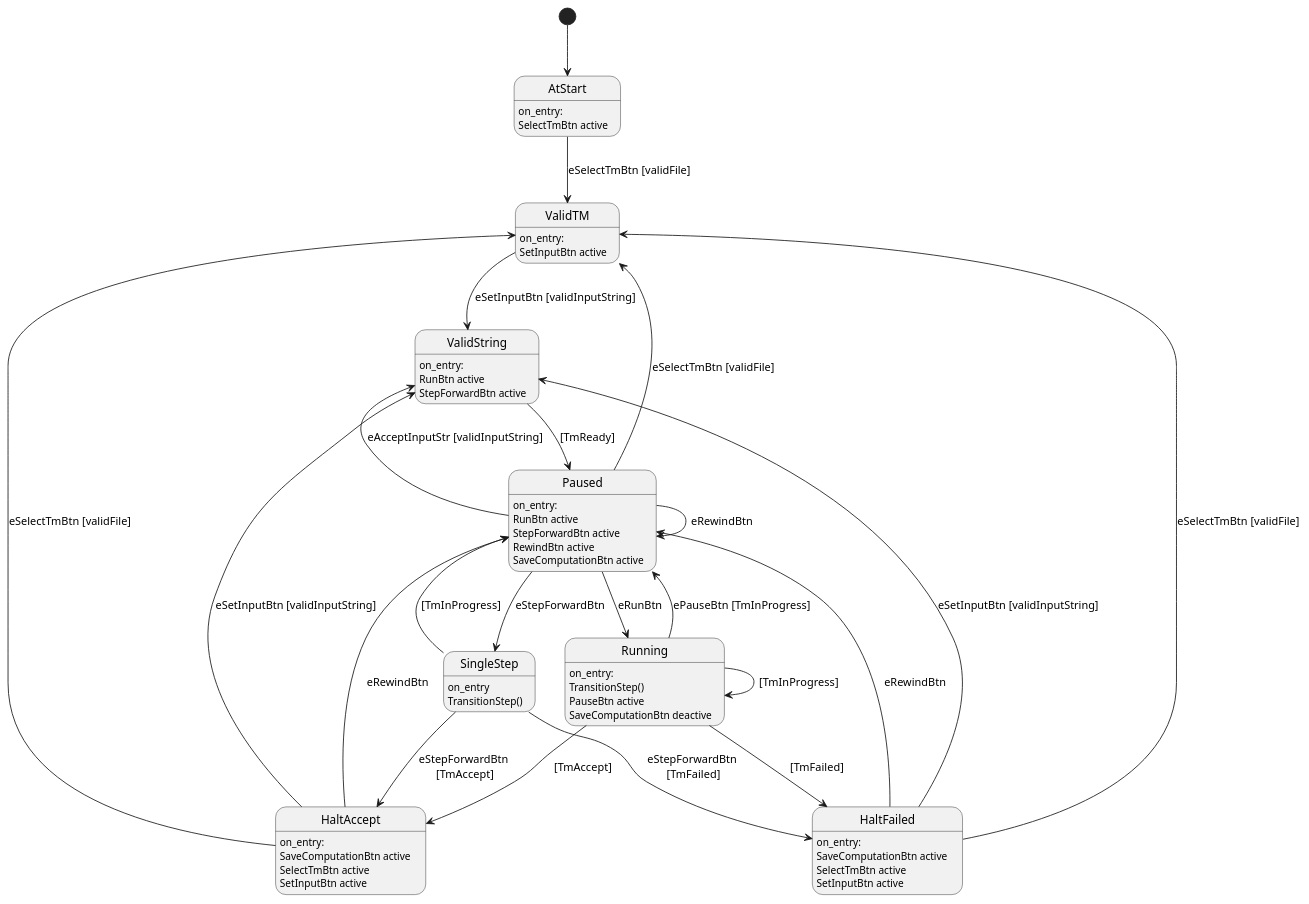
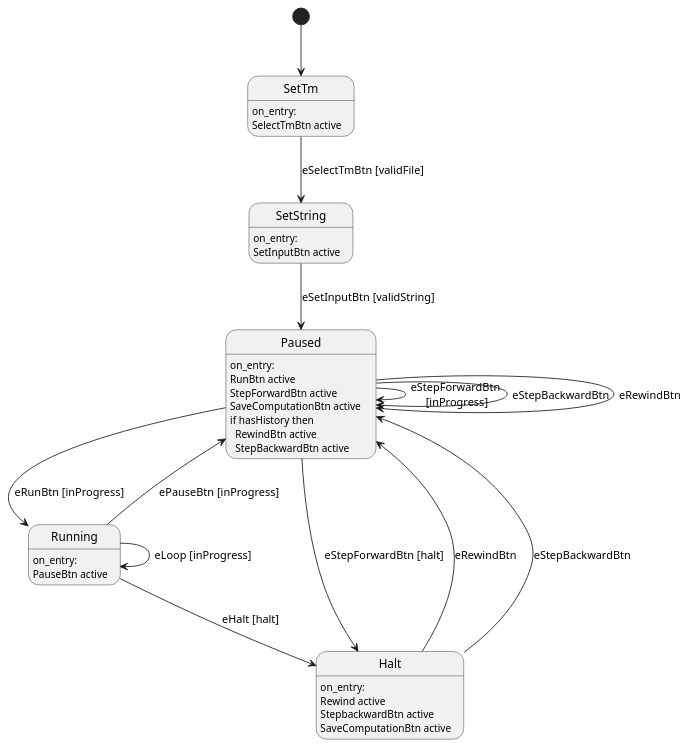
The diagram in simulator/state.puml (bcookOh1/TuringMachineSimulator), drawn with PlantUML before and after one commit. The commit also changed other lines of this file and 11 other files, not shown here.

```diff
--- a/simulator/state.puml
+++ b/simulator/state.puml
@@ -34,40 +34,29 @@
 @startuml GUI Button Enables
 
 
-[*] --> AtStart
-AtStart --> ValidTM : eSelectTmBtn [validFile] 
-AtStart : on_entry: \nSelectTmBtn active  
-ValidTM --> ValidString : eSetInputBtn [validInputString]
-ValidTM : on_entry: \nSetInputBtn active
-ValidString --> Paused : [TmReady]
-ValidString : on_entry: \nRunBtn active \nStepForwardBtn active
-Paused --> Running : eRunBtn 
-Paused : on_entry: \nRunBtn active \nStepForwardBtn active \nRewindBtn active \nSaveComputationBtn active
+[*] --> SetTm 
+SetTm --> SetString : eSelectTmBtn [validFile]
+SetTm : on_entry: \nSelectTmBtn active  
 
-Paused --> SingleStep : eStepForwardBtn
+SetString : on_entry: \nSetInputBtn active  
+
+SetString --> Paused : eSetInputBtn [validString]
+Paused --> Running : eRunBtn [inProgress] 
+Paused : on_entry: \nRunBtn active \nStepForwardBtn active \nSaveComputationBtn active \nif hasHistory then \n  RewindBtn active \n  StepBackwardBtn active 
+
+Paused --> Paused : eStepForwardBtn \n[inProgress]
+Paused --> Halt : eStepForwardBtn [halt]
+Paused --> Paused : eStepBackwardBtn
 Paused --> Paused : eRewindBtn
 
-SingleStep : on_entry \nTransitionStep()
-SingleStep --> HaltAccept : eStepForwardBtn \n[TmAccept]
-SingleStep --> HaltFailed : eStepForwardBtn \n[TmFailed]
-SingleStep --> Paused : [TmInProgress]
+Running --> Paused : ePauseBtn [inProgress]
+Running --> Running : eLoop [inProgress]
+Running --> Halt : eHalt [halt]
+Running : on_entry: \nPauseBtn active 
 
-Running --> Paused : ePauseBtn [TmInProgress]
-Running --> Running : [TmInProgress]
-Running --> HaltAccept : [TmAccept]
-Running --> HaltFailed : [TmFailed]
-Running : on_entry: \nTransitionStep() \nPauseBtn active \nSaveComputationBtn deactive
-Paused --> ValidTM : eSelectTmBtn [validFile] 
-Paused --> ValidString : eAcceptInputStr [validInputString]
+Halt : on_entry: \nRewind active \nStepbackwardBtn active \nSaveComputationBtn active
 
-HaltAccept : on_entry: \nSaveComputationBtn active \nSelectTmBtn active \nSetInputBtn active
-HaltFailed : on_entry: \nSaveComputationBtn active \nSelectTmBtn active \nSetInputBtn active
-
-HaltAccept --> Paused : eRewindBtn
-HaltFailed --> Paused : eRewindBtn
-HaltAccept --> ValidTM : eSelectTmBtn [validFile] 
-HaltFailed --> ValidTM : eSelectTmBtn [validFile] 
-HaltAccept --> ValidString : eSetInputBtn [validInputString]
-HaltFailed --> ValidString : eSetInputBtn [validInputString]
+Halt --> Paused : eRewindBtn
+Halt --> Paused : eStepBackwardBtn
 
 @enduml
```
